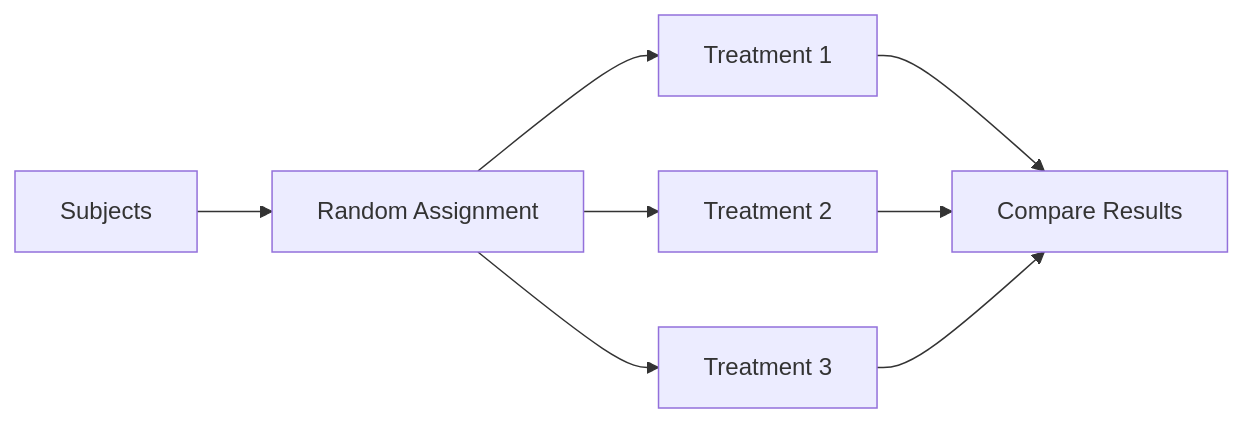
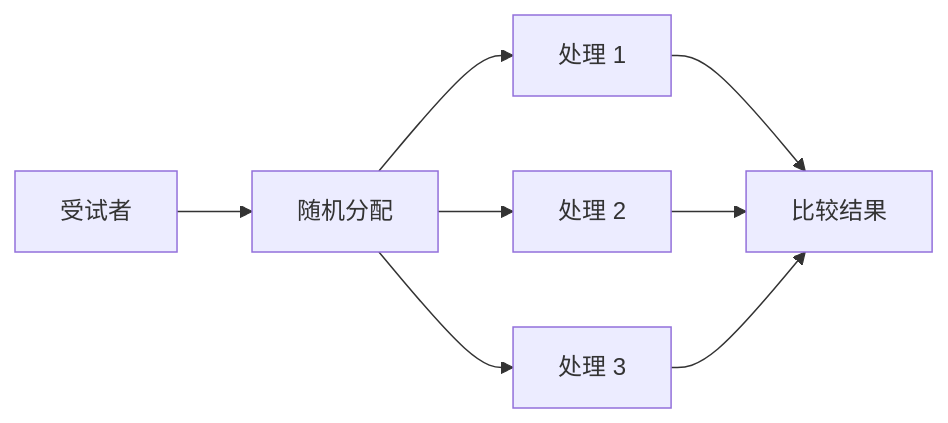
Before and after one commit to xieguaiwu/Notes: the first of 2 diagrams in Math/Statistics/AP_Statistics/Experimental_Design.md, drawn with Mermaid. The commit also changed other lines of this file and 30 other files, not shown here.

Commit message:
obsidian-note-generation: translate all AP Statistics notes to Chinese, fix format issues (H1, --- separators, Unicode→LaTeX), add chart types review note

````diff
--- a/Math/Statistics/AP_Statistics/Experimental_Design.md
+++ b/Math/Statistics/AP_Statistics/Experimental_Design.md
@@ -54,10 +54,10 @@
 ```mermaid
 flowchart LR
-    A[Subjects] --> B[Random Assignment]
-    B --> C[Treatment 1]
-    B --> D[Treatment 2]
-    B --> E[Treatment 3]
-    C --> F[Compare Results]
+    A[受试者] --> B[随机分配]
+    B --> C[处理 1]
+    B --> D[处理 2]
+    B --> E[处理 3]
+    C --> F[比较结果]
     D --> F
     E --> F
 ```
````
